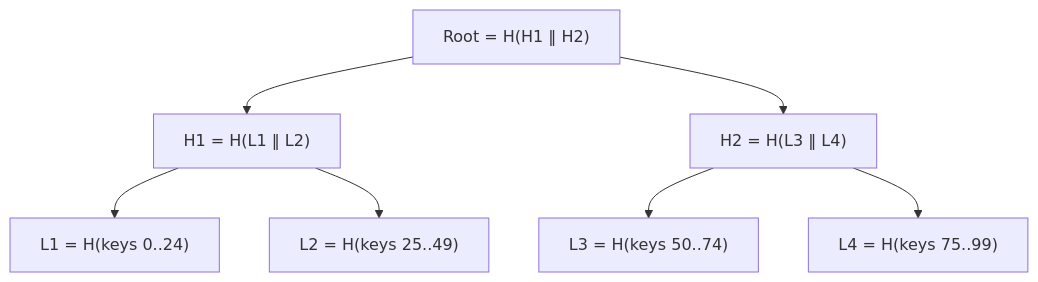
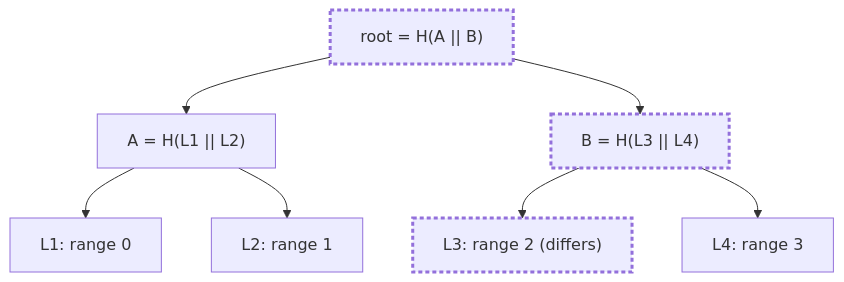
One commit to AndrewAltimit/Documentation changed the fourth of 7 diagrams in github-pages/docs/distributed-systems/failure-detection.md. Above: the diagram before and after it, drawn with Mermaid. The commit also changed other lines of this file and 240 other files, not shown here.

````diff
--- a/github-pages/docs/distributed-systems/failure-detection.md
+++ b/github-pages/docs/distributed-systems/failure-detection.md
@@ -326,9 +303,11 @@
 ```mermaid
 flowchart TD
-    Root["Root = H(H1 ‖ H2)"] --> H1["H1 = H(L1 ‖ L2)"]
-    Root --> H2["H2 = H(L3 ‖ L4)"]
-    H1 --> L1["L1 = H(keys 0..24)"]
-    H1 --> L2["L2 = H(keys 25..49)"]
-    H2 --> L3["L3 = H(keys 50..74)"]
-    H2 --> L4["L4 = H(keys 75..99)"]
+    Root["root = H(A || B)"] --> A["A = H(L1 || L2)"]
+    Root --> B["B = H(L3 || L4)"]
+    A --> L1["L1: range 0"]
+    A --> L2["L2: range 1"]
+    B --> L3["L3: range 2 (differs)"]
+    B --> L4["L4: range 3"]
+    classDef diff stroke-width:3px,stroke-dasharray:4 3
+    class Root,B,L3 diff
 ```
````
